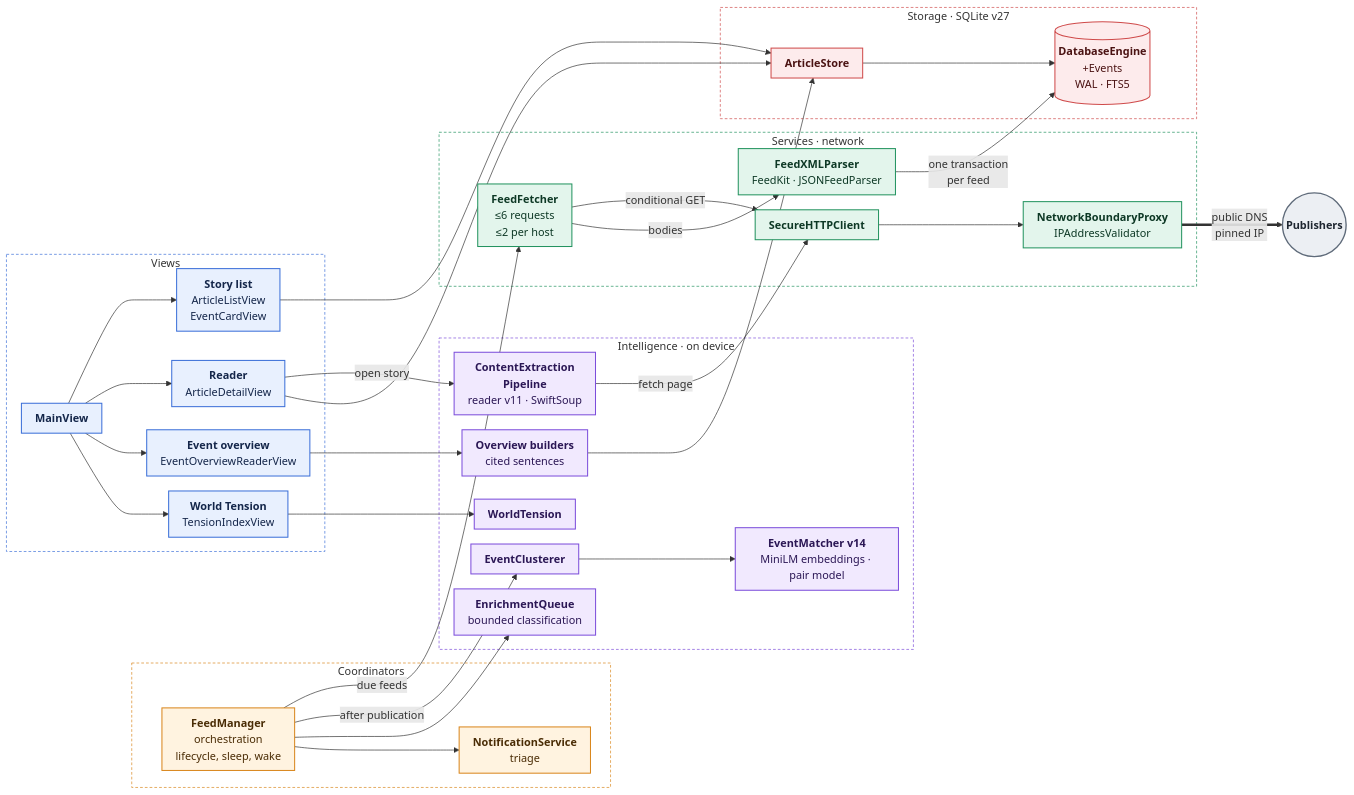
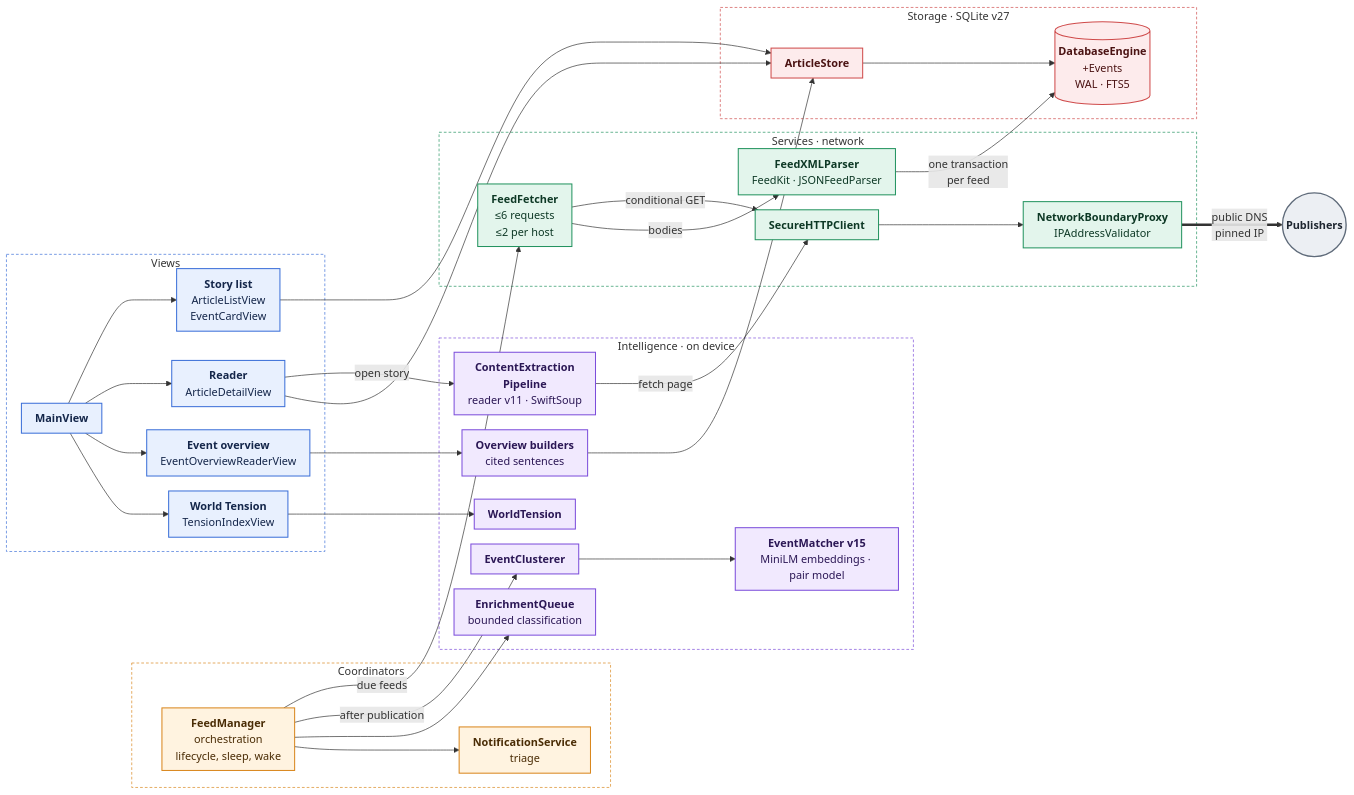
Before and after one commit to marspater/NewsApp-macOS: the first of 3 diagrams in docs/ARCHITECTURE.md, drawn with Mermaid. The commit also changed other lines of this file and 5 other files, not shown here.

````diff
--- a/docs/ARCHITECTURE.md
+++ b/docs/ARCHITECTURE.md
@@ -22,75 +22,75 @@
 ```mermaid
 %%{init: {"flowchart": {"curve": "basis", "nodeSpacing": 22, "rankSpacing": 44, "padding": 10}}}%%
 flowchart LR
     subgraph Coord["Coordinators"]
         FM["<b>FeedManager</b><br/>orchestration<br/>lifecycle, sleep, wake"]
         NS["<b>NotificationService</b><br/>triage"]
     end
 
     subgraph UI["Views"]
         Main["<b>MainView</b>"]
         List["<b>Story list</b><br/>ArticleListView<br/>EventCardView"]
         Reader["<b>Reader</b><br/>ArticleDetailView"]
         Overview["<b>Event overview</b><br/>EventOverviewReaderView"]
         Tension["<b>World Tension</b><br/>TensionIndexView"]
     end
 
     subgraph Intel["Intelligence · on device"]
         EQ["<b>EnrichmentQueue</b><br/>bounded classification"]
         EC["<b>EventClusterer</b>"]
-        EM["<b>EventMatcher v14</b><br/>MiniLM embeddings · pair model"]
+        EM["<b>EventMatcher v15</b><br/>MiniLM embeddings · pair model"]
         CEP["<b>ContentExtraction<br/>Pipeline</b><br/>reader v11 · SwiftSoup"]
         OV["<b>Overview builders</b><br/>cited sentences"]
         WT["<b>WorldTension</b>"]
     end
 
     subgraph Svc["Services · network"]
         FF["<b>FeedFetcher</b><br/>≤6 requests<br/>≤2 per host"]
         Parse["<b>FeedXMLParser</b><br/>FeedKit · JSONFeedParser"]
         HTTP["<b>SecureHTTPClient</b>"]
         GW["<b>NetworkBoundaryProxy</b><br/>IPAddressValidator"]
     end
 
     subgraph Store["Storage · SQLite v27"]
         AS["<b>ArticleStore</b>"]
         DB[("<b>DatabaseEngine</b><br/>+Events<br/>WAL · FTS5")]
     end
 
     Net(("<b>Publishers</b>"))
 
     FM -->|due feeds| FF
     FM -->|after publication| EC
     FM --> EQ & NS
     EC --> EM
     FF -->|conditional GET| HTTP
     FF -->|bodies| Parse
     Parse -->|one transaction<br/>per feed| DB
     Main --> List & Reader & Overview & Tension
     Reader -->|open story| CEP
     CEP -->|fetch page| HTTP
     HTTP --> GW
     GW ==>|public DNS<br/>pinned IP| Net
     Overview --> OV
     OV --> AS
     List & Reader --> AS
     AS --> DB
     Tension --> WT
 
     classDef ui fill:#E8F0FE,stroke:#3B6FD8,stroke-width:1.5px,color:#14264A
     classDef coord fill:#FFF3E0,stroke:#D9861C,stroke-width:1.5px,color:#4A2C05
     classDef intel fill:#F1E9FE,stroke:#7C4DDB,stroke-width:1.5px,color:#2B1755
     classDef svc fill:#E3F5EC,stroke:#23935F,stroke-width:1.5px,color:#0D3825
     classDef store fill:#FDEBEC,stroke:#CF4A4A,stroke-width:1.5px,color:#4A1212
     classDef ext fill:#ECEFF3,stroke:#5F6B7A,stroke-width:2px,color:#1E2630
     class Main,List,Reader,Overview,Tension ui
     class FM,NS coord
     class CEP,EQ,EC,EM,OV,WT intel
     class FF,Parse,HTTP,GW svc
     class AS,DB store
     class Net ext
     style UI fill:none,stroke:#3B6FD8,stroke-dasharray:4 3
     style Coord fill:none,stroke:#D9861C,stroke-dasharray:4 3
     style Intel fill:none,stroke:#7C4DDB,stroke-dasharray:4 3
     style Svc fill:none,stroke:#23935F,stroke-dasharray:4 3
     style Store fill:none,stroke:#CF4A4A,stroke-dasharray:4 3
 ```
````
